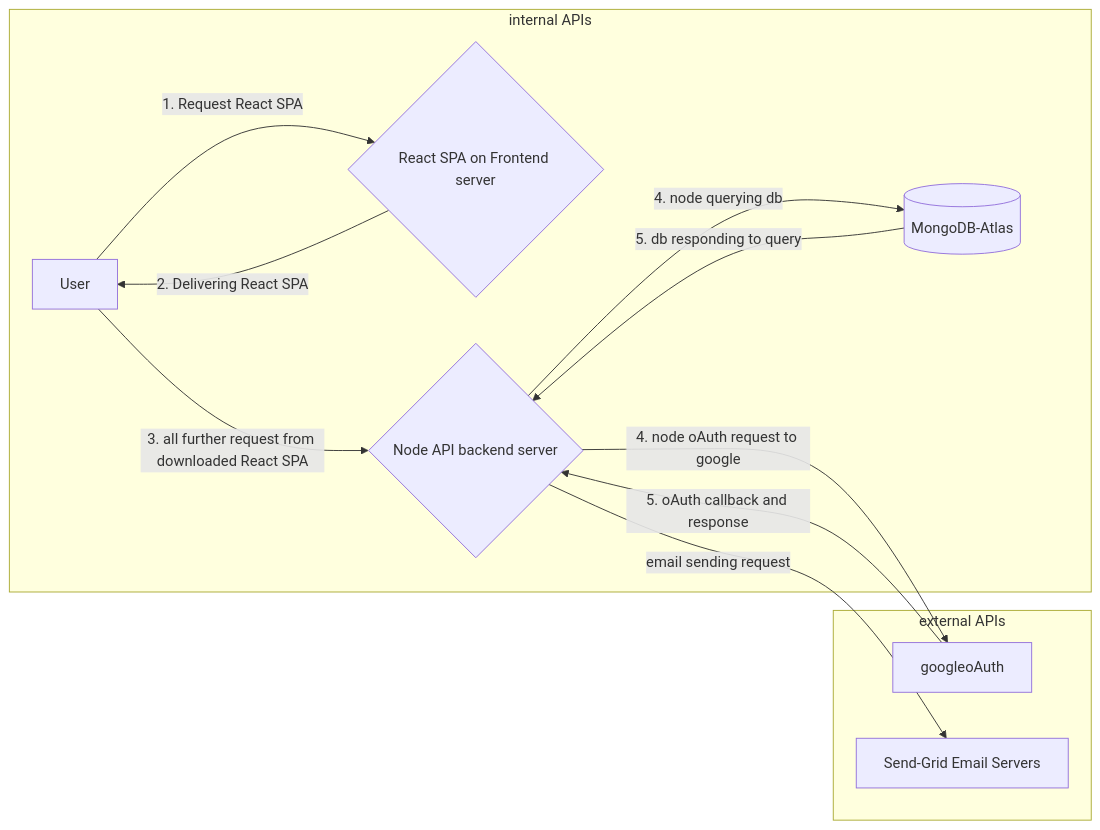
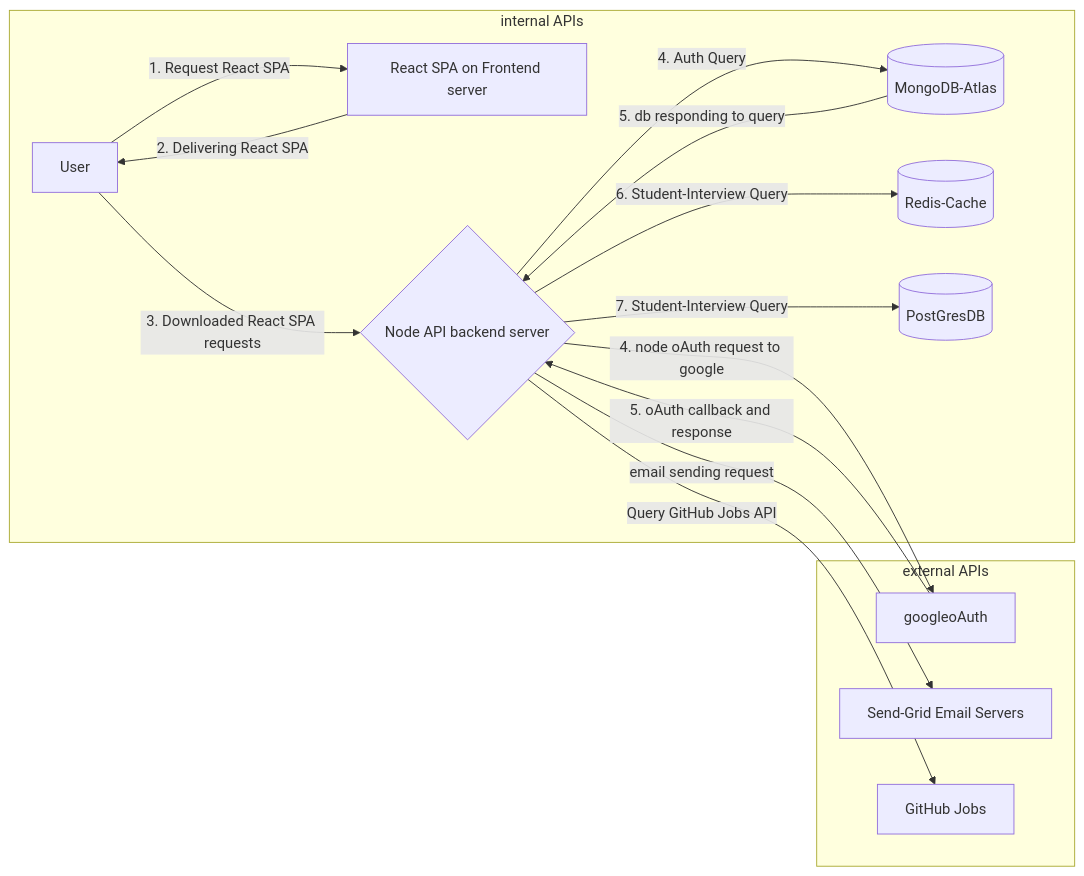
The first of 2 diagrams in README.md (piyush-mishra-pm/placement-cell), drawn with Mermaid before and after one commit. The commit also changed other lines of this file, not shown here.

````diff
--- a/README.md
+++ b/README.md
@@ -14,15 +54,18 @@
 ```mermaid
 flowchart LR
 subgraph internal APIs
-u[User] -->|1. Request React SPA| fe{React SPA on Frontend server}
-fe -->|2. Delivering React SPA| u
-u --> |3. all further request from downloaded React SPA| api{Node API backend server}
-api -->|4. node querying db| db[(MongoDB-Atlas)]
-db -->|5. db responding to query| api
+  u[User] -->|1. Request React SPA| fe[React SPA on Frontend server]
+  fe -->|2. Delivering React SPA| u
+  u --> |3. Downloaded React SPA requests| api{Node API backend server}
+  api -->|4. Auth Query| mongoDb[(MongoDB-Atlas)]
+  mongoDb -->|5. db responding to query| api
+  api -->|6. Student-Interview Query| redis[(Redis-Cache)]
+  api -->|7. Student-Interview Query| pgDb[(PostGresDB)]
 end
 subgraph external APIs
-api -->|4. node oAuth request to google| google[googleoAuth]
-google -->|5. oAuth callback and response| api
-api -->|email sending request| sendgrid[Send-Grid Email Servers]
+  api -->|4. node oAuth request to google| google[googleoAuth]
+  google -->|5. oAuth callback and response| api
+  api -->|email sending request| sendgrid[Send-Grid Email Servers]
+  api -->|Query GitHub Jobs API| gitHub[GitHub Jobs]
 end
 ```
````
